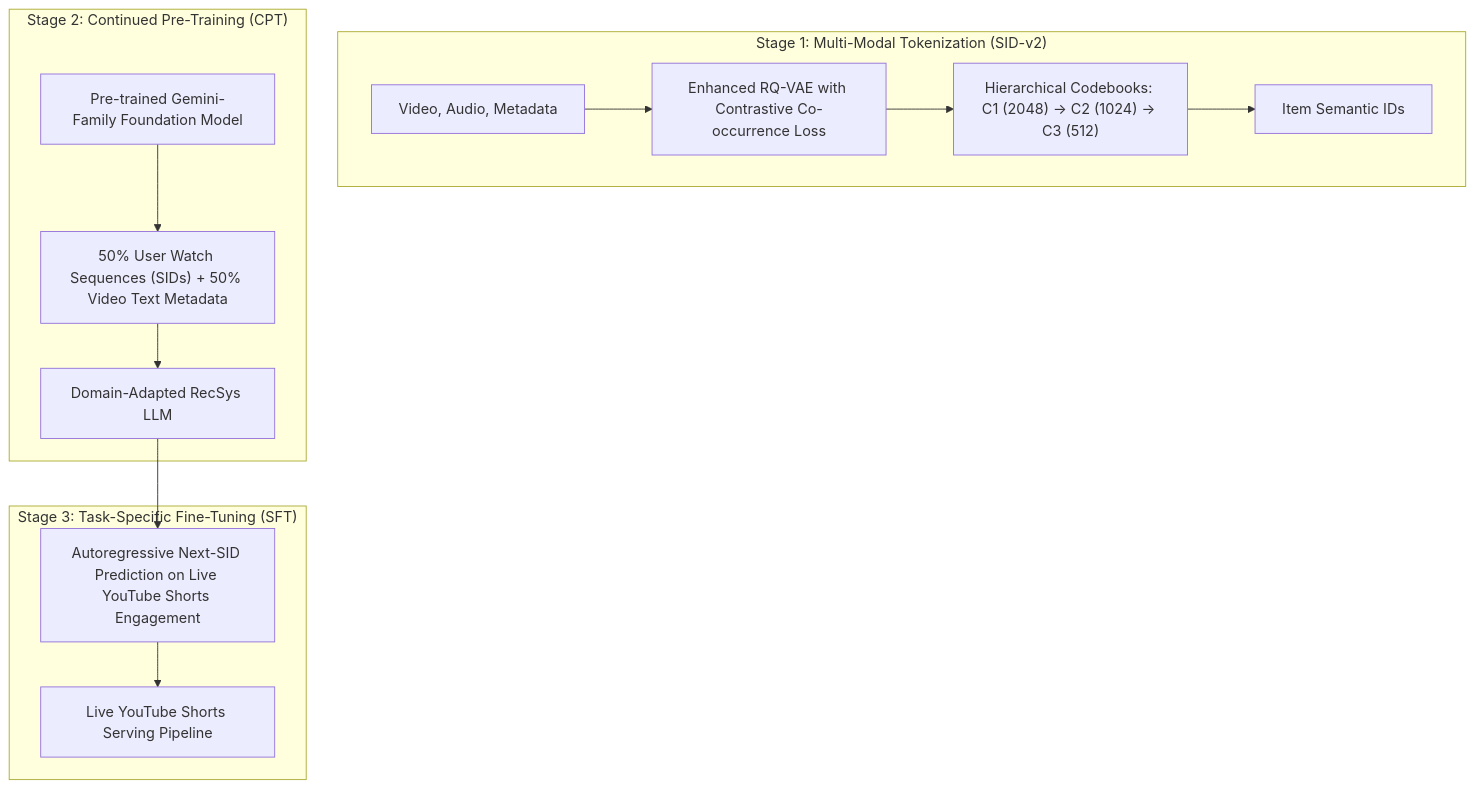
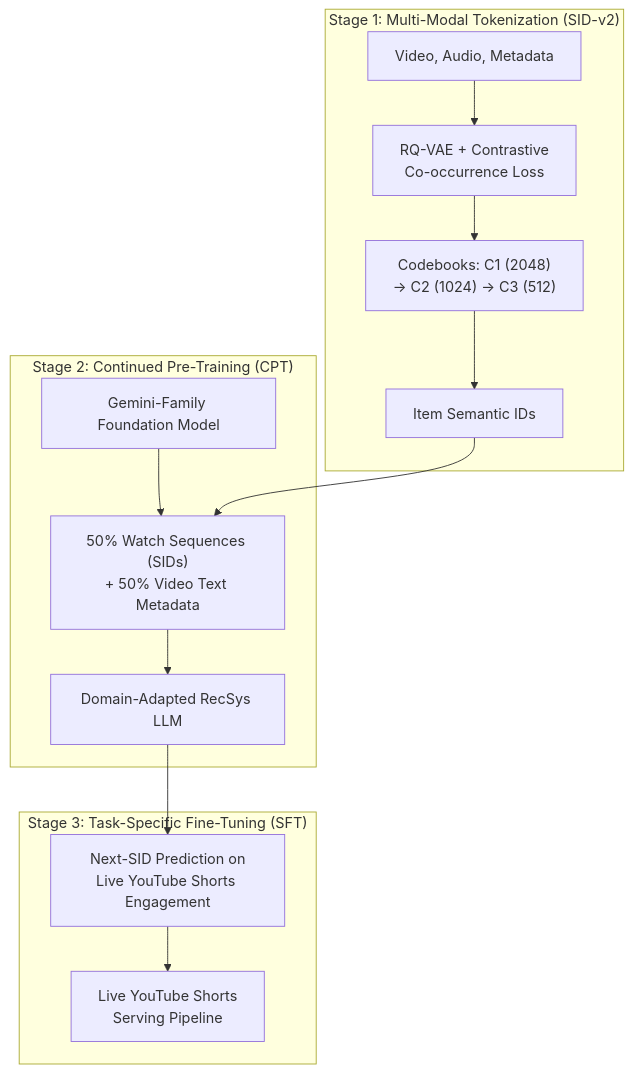
Before and after one commit to jyotipmahes/ML-Interview-Prep: diagram 17 of 18 in System_Design/01_Recommendation_Systems/Part_1_Retrieval_and_Candidate_Generation.md, drawn with Mermaid. The commit also changed other lines of this file, not shown here.

````diff
--- a/System_Design/01_Recommendation_Systems/Part_1_Retrieval_and_Candidate_Generation.md
+++ b/System_Design/01_Recommendation_Systems/Part_1_Retrieval_and_Candidate_Generation.md
@@ -836,18 +992,20 @@
 ```mermaid
 flowchart TD
     subgraph Stage1 ["Stage 1: Multi-Modal Tokenization (SID-v2)"]
-        V_Feat["Video, Audio, Metadata"] --> RQ_VAE["Enhanced RQ-VAE with Contrastive Co-occurrence Loss"]
-        RQ_VAE --> Codebooks["Hierarchical Codebooks: C1 (2048) → C2 (1024) → C3 (512)"]
+        V_Feat["Video, Audio, Metadata"] --> RQ_VAE["RQ-VAE + Contrastive<br/>Co-occurrence Loss"]
+        RQ_VAE --> Codebooks["Codebooks: C1 (2048)<br/>-> C2 (1024) -> C3 (512)"]
         Codebooks --> SIDs["Item Semantic IDs"]
     end
 
     subgraph Stage2 ["Stage 2: Continued Pre-Training (CPT)"]
-        LLM["Pre-trained Gemini-Family Foundation Model"] --> Blend["50% User Watch Sequences (SIDs) + 50% Video Text Metadata"]
+        LLM["Gemini-Family Foundation Model"] --> Blend["50% Watch Sequences (SIDs)<br/>+ 50% Video Text Metadata"]
         Blend --> Pretrained["Domain-Adapted RecSys LLM"]
     end
 
     subgraph Stage3 ["Stage 3: Task-Specific Fine-Tuning (SFT)"]
-        Pretrained --> SFT["Autoregressive Next-SID Prediction on Live YouTube Shorts Engagement"]
-        SFT --> ProductionShorts["Live YouTube Shorts Serving Pipeline"]
+        Pretrained --> SFT["Next-SID Prediction on<br/>Live YouTube Shorts Engagement"]
+        SFT --> ProductionShorts["Live YouTube Shorts<br/>Serving Pipeline"]
     end
+
+    SIDs --> Blend
 ```
````
